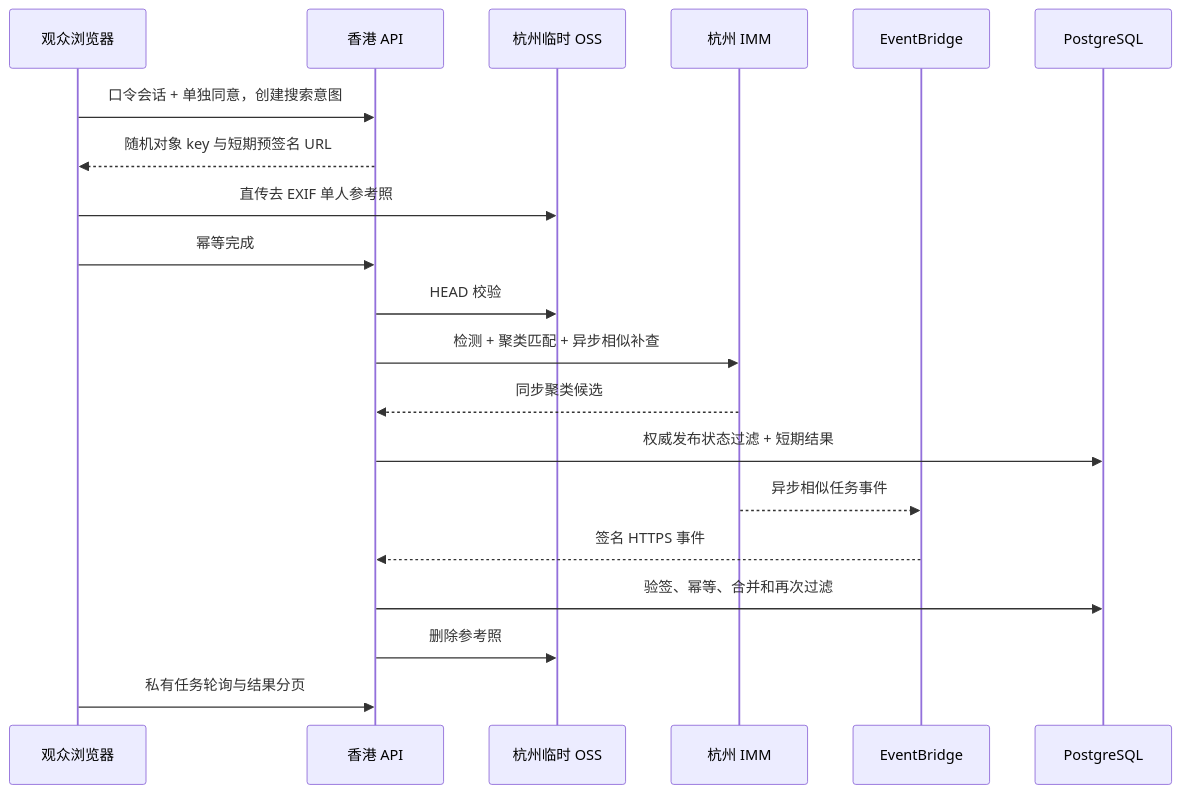
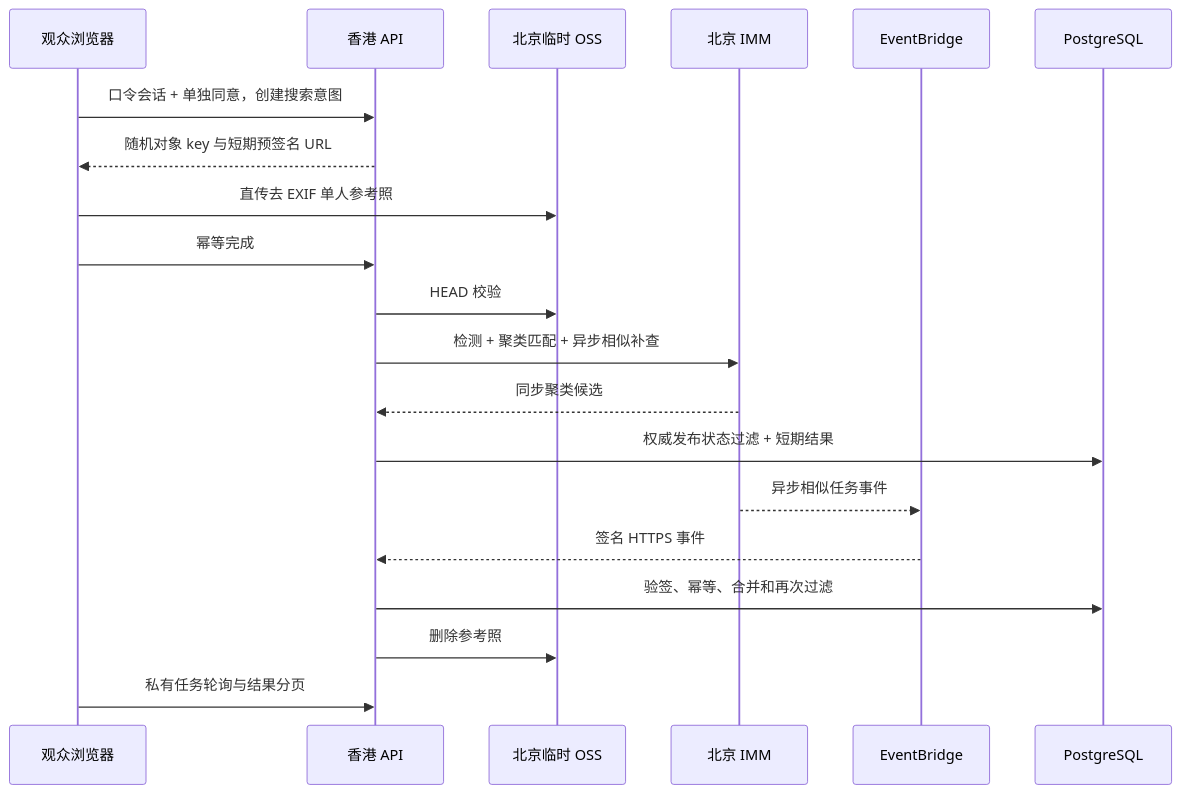
One commit to CCA3370/PhotoStream changed the third of 3 diagrams in docs/02-system-architecture.md. Above: the diagram before and after it, drawn with Mermaid. The commit also changed other lines of this file and 34 other files, not shown here.

````diff
--- a/docs/02-system-architecture.md
+++ b/docs/02-system-architecture.md
@@ -135,23 +135,23 @@
 ```mermaid
 sequenceDiagram
     participant V as 观众浏览器
     participant A as 香港 API
-    participant O as 杭州临时 OSS
-    participant I as 杭州 IMM
+    participant O as 北京临时 OSS
+    participant I as 北京 IMM
     participant E as EventBridge
     participant D as PostgreSQL
 
     V->>A: 口令会话 + 单独同意，创建搜索意图
     A-->>V: 随机对象 key 与短期预签名 URL
     V->>O: 直传去 EXIF 单人参考照
     V->>A: 幂等完成
     A->>O: HEAD 校验
     A->>I: 检测 + 聚类匹配 + 异步相似补查
     I-->>A: 同步聚类候选
     A->>D: 权威发布状态过滤 + 短期结果
     I-->>E: 异步相似任务事件
     E-->>A: 签名 HTTPS 事件
     A->>D: 验签、幂等、合并和再次过滤
     A->>O: 删除参考照
     V->>A: 私有任务轮询与结果分页
 ```
````
